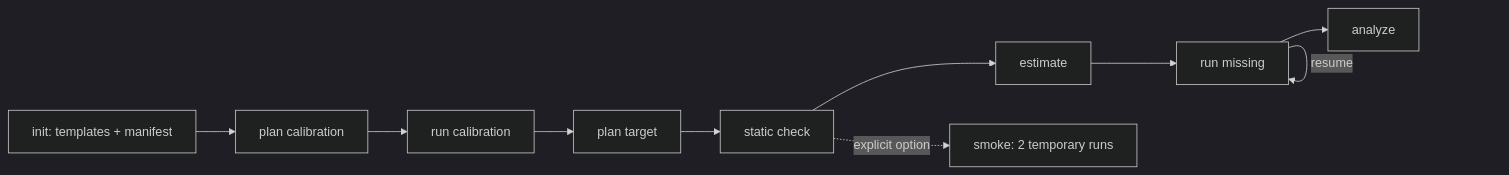
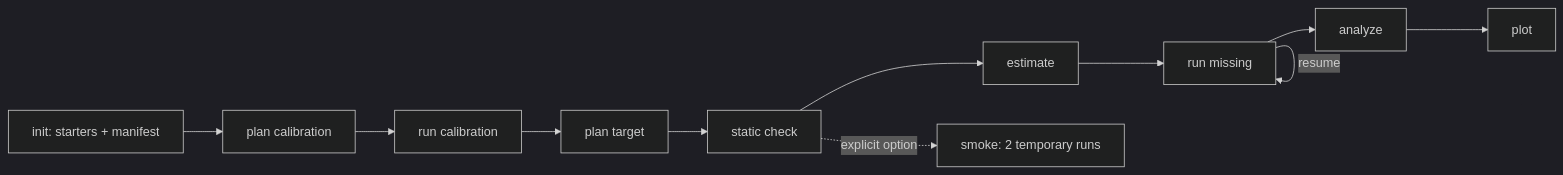
One commit to abdoulrazac/eqasim-sa changed the diagram in docs/workflow-and-results.md. Above: the diagram before and after it, drawn with Mermaid (dark theme). The commit also changed other lines of this file and 37 other files, not shown here.

````diff
--- a/docs/workflow-and-results.md
+++ b/docs/workflow-and-results.md
@@ -7,12 +7,13 @@
 ```mermaid
 flowchart LR
-    I[init: templates + manifest] --> PC[plan calibration]
+    I[init: starters + manifest] --> PC[plan calibration]
     PC --> RC[run calibration]
     RC --> PT[plan target]
     PT --> C[static check]
     C --> E[estimate]
     E --> R[run missing]
     R --> A[analyze]
+    A --> P[plot]
     R -->|resume| R
     C -. explicit option .-> S[smoke: 2 temporary runs]
 ```
````
